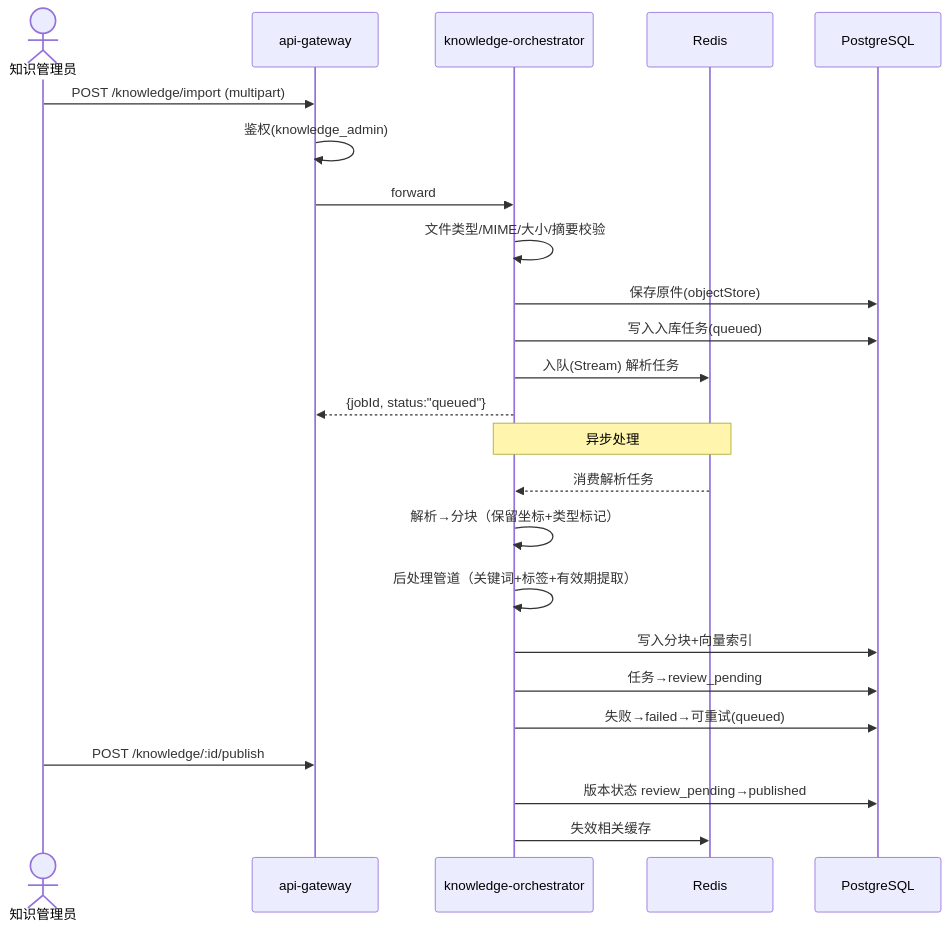
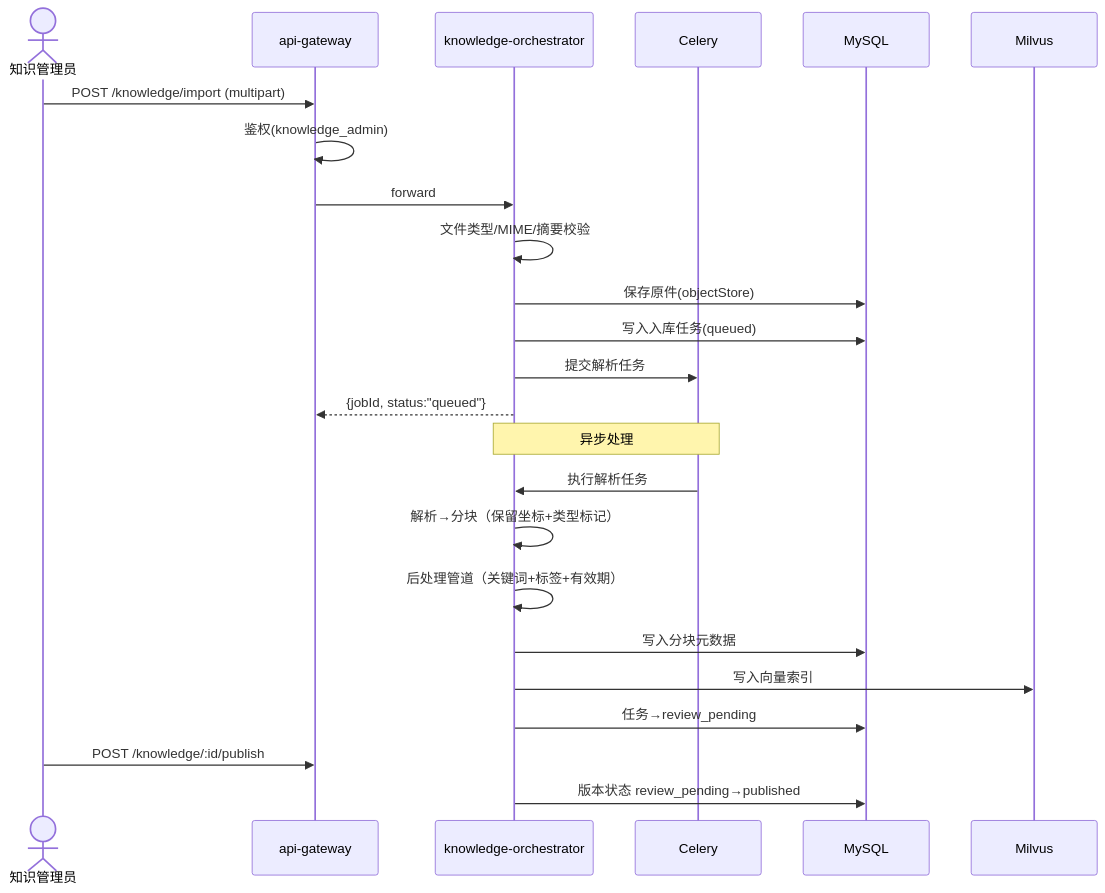
The third of 4 diagrams in docs/architecture/00-系统架构总览.md (liangyiliu96-cmyk/zhenhu-care-handoff), drawn with Mermaid before and after one commit. The commit also changed other lines of this file and 4 other files, not shown here.

First line of the commit message:
refactor(arch): 架构总览 v0.2 — FastAPI+MySQL/Milvus+前端完整方案

````diff
--- a/docs/architecture/00-系统架构总览.md
+++ b/docs/architecture/00-系统架构总览.md
@@ -145,29 +236,29 @@
 ```mermaid
 sequenceDiagram
   actor KA as 知识管理员
   participant GW as api-gateway
   participant KO as knowledge-orchestrator
-  participant R as Redis
-  participant DB as PostgreSQL
+  participant Celery as Celery
+  participant MySQL as MySQL
+  participant Milvus as Milvus
 
   KA->>GW: POST /knowledge/import (multipart)
   GW->>GW: 鉴权(knowledge_admin)
   GW->>KO: forward
-  KO->>KO: 文件类型/MIME/大小/摘要校验
-  KO->>DB: 保存原件(objectStore)
-  KO->>DB: 写入入库任务(queued)
-  KO->>R: 入队(Stream) 解析任务
+  KO->>KO: 文件类型/MIME/摘要校验
+  KO->>MySQL: 保存原件(objectStore)
+  KO->>MySQL: 写入入库任务(queued)
+  KO->>Celery: 提交解析任务
   KO-->>GW: {jobId, status:"queued"}
 
-  Note over KO,R: 异步处理
-  R-->>KO: 消费解析任务
+  Note over KO,Celery: 异步处理
+  Celery->>KO: 执行解析任务
   KO->>KO: 解析→分块（保留坐标+类型标记）
-  KO->>KO: 后处理管道（关键词+标签+有效期提取）
-  KO->>DB: 写入分块+向量索引
-  KO->>DB: 任务→review_pending
-  KO->>DB: 失败→failed→可重试(queued)
+  KO->>KO: 后处理管道（关键词+标签+有效期）
+  KO->>MySQL: 写入分块元数据
+  KO->>Milvus: 写入向量索引
+  KO->>MySQL: 任务→review_pending
 
   KA->>GW: POST /knowledge/:id/publish
-  KO->>DB: 版本状态 review_pending→published
-  KO->>R: 失效相关缓存
+  KO->>MySQL: 版本状态 review_pending→published
 ```
````
